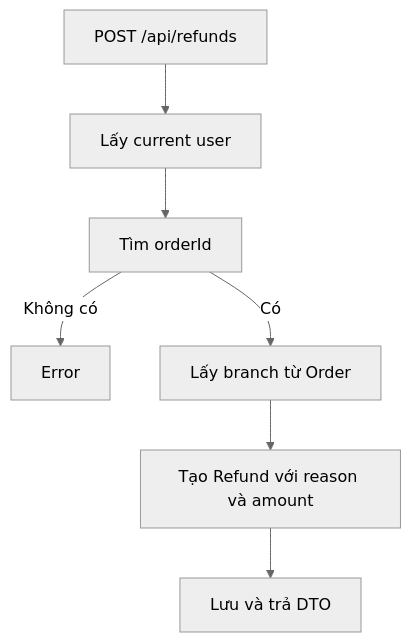
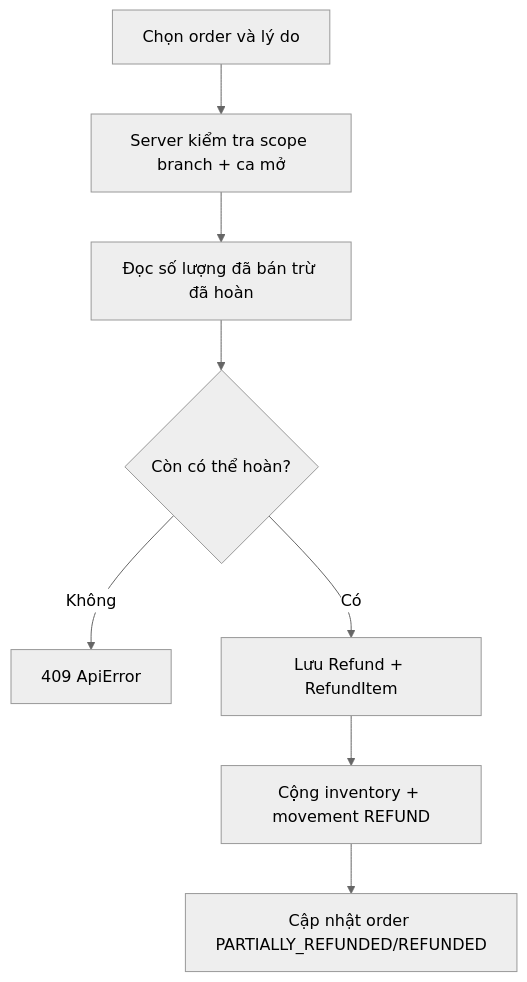
One commit to Phantantin/Sass-Pos-Application changed the third of 3 diagrams in src/dosc/WORKFLOWS.md. Above: the diagram before and after it, drawn with Mermaid (neutral theme). The commit also changed other lines of this file and 203 other files, not shown here.

````diff
--- a/src/dosc/WORKFLOWS.md
+++ b/src/dosc/WORKFLOWS.md
@@ -133,9 +46,10 @@
 ```mermaid
 flowchart TD
-    A[POST /api/refunds] --> B[Lấy current user]
-    B --> C[Tìm orderId]
-    C -->|Không có| D[Error]
-    C -->|Có| E[Lấy branch từ Order]
-    E --> F[Tạo Refund với reason và amount]
-    F --> G[Lưu và trả DTO]
+    A[Chọn order và lý do] --> B[Server kiểm tra scope branch + ca mở]
+    B --> C[Đọc số lượng đã bán trừ đã hoàn]
+    C --> D{Còn có thể hoàn?}
+    D -- Không --> X[409 ApiError]
+    D -- Có --> E[Lưu Refund + RefundItem]
+    E --> F[Cộng inventory + movement REFUND]
+    F --> G[Cập nhật order PARTIALLY_REFUNDED/REFUNDED]
 ```
````
